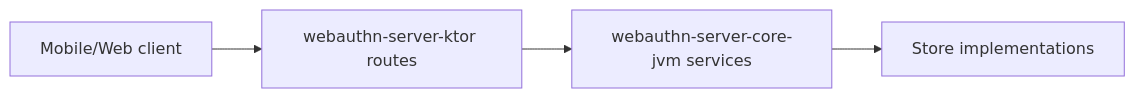
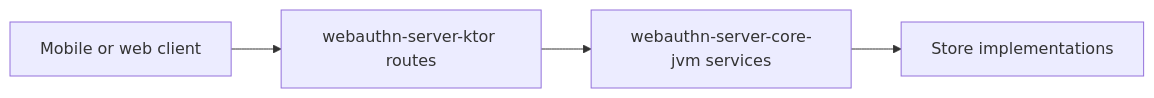
Before and after one commit to szijpeter/webauthn-kotlin-multiplatform: the diagram in server/webauthn-server-ktor/README.md, drawn with Mermaid. The commit also changed other lines of this file and 65 other files, not shown here.

````diff
--- a/server/webauthn-server-ktor/README.md
+++ b/server/webauthn-server-ktor/README.md
@@ -37,6 +37,6 @@
 ```mermaid
 flowchart LR
-    CLIENT["Mobile/Web client"] --> ROUTES["webauthn-server-ktor routes"]
+    CLIENT["Mobile or web client"] --> ROUTES["webauthn-server-ktor routes"]
     ROUTES --> SVC["webauthn-server-core-jvm services"]
     SVC --> STORES["Store implementations"]
 ```
````
